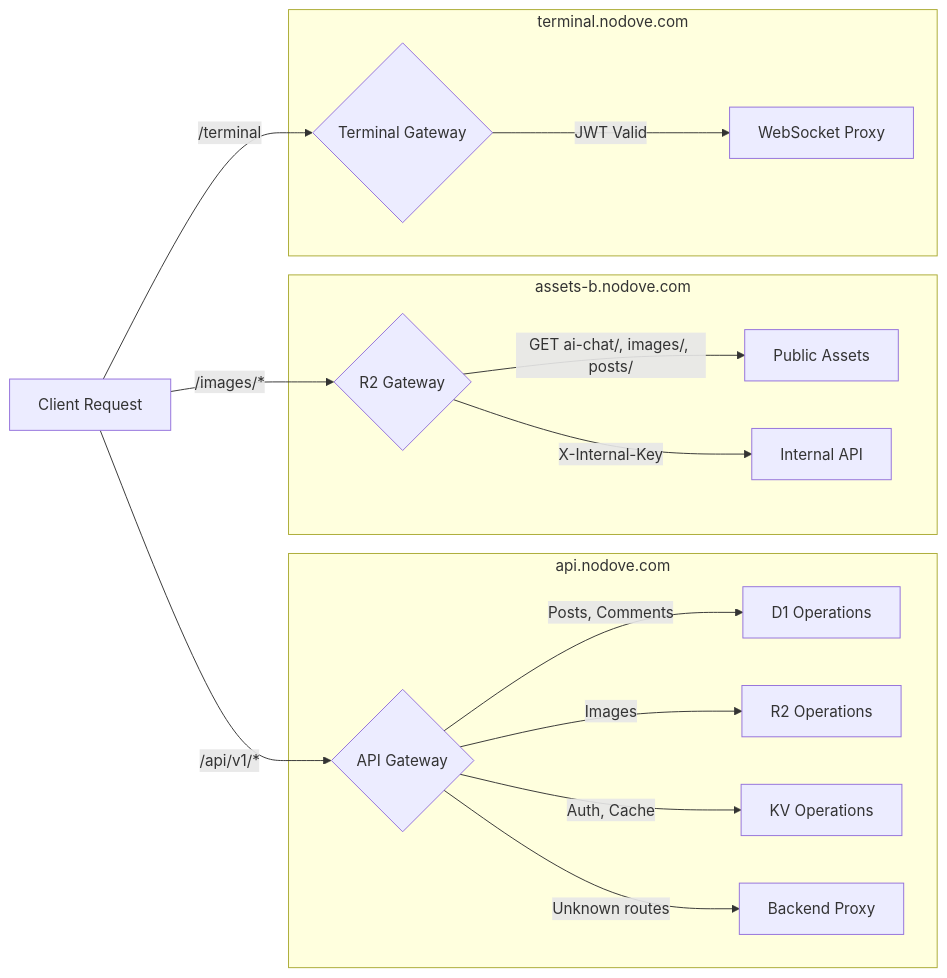
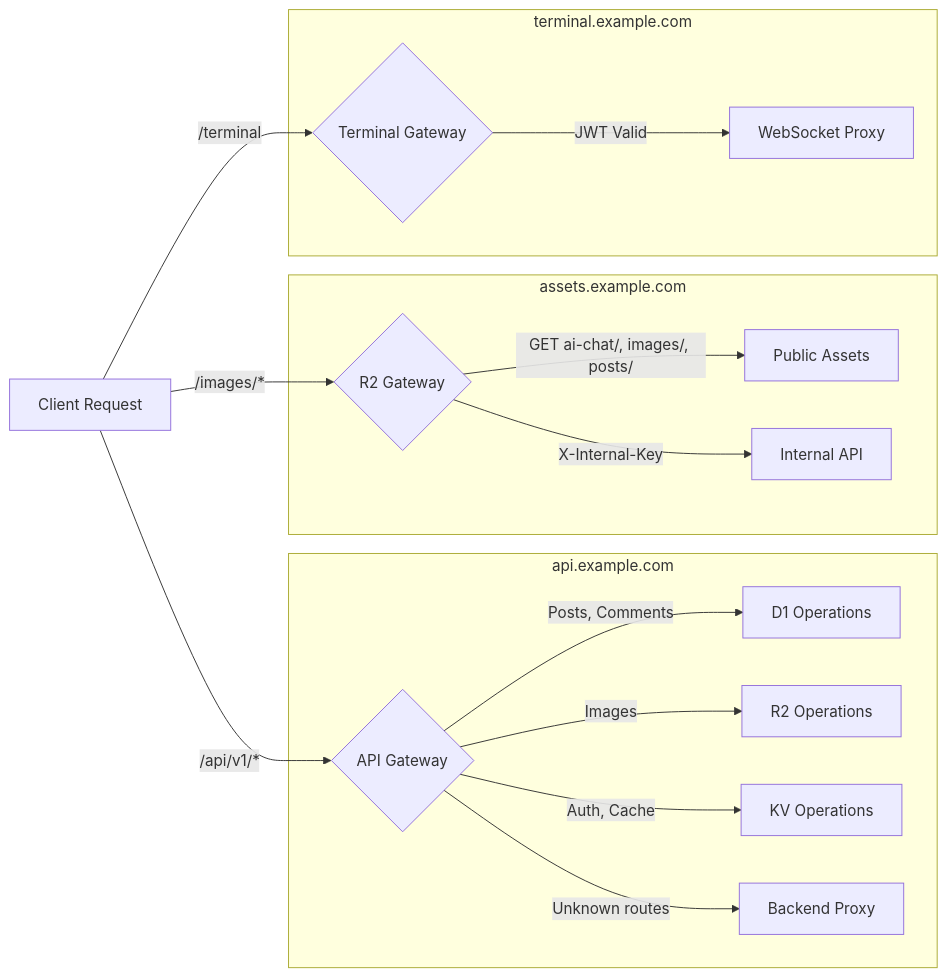
The second of 3 diagrams in workers/README.md (choisimo/blog), drawn with Mermaid before and after one commit. The commit also changed other lines of this file and 11 other files, not shown here.

````diff
--- a/workers/README.md
+++ b/workers/README.md
@@ -79,37 +81,37 @@
 ```mermaid
 flowchart LR
     REQ[Client Request]
     
-    subgraph "api.nodove.com"
+    subgraph "api.example.com"
         API_GW{API Gateway}
         D1_OP[D1 Operations]
         R2_OP[R2 Operations]
         KV_OP[KV Operations]
         PROXY[Backend Proxy]
     end
     
-    subgraph "assets-b.nodove.com"
+    subgraph "assets.example.com"
         R2_GW{R2 Gateway}
         PUB[Public Assets]
         INT[Internal API]
     end
     
-    subgraph "terminal.nodove.com"
+    subgraph "terminal.example.com"
         TERM_GW{Terminal Gateway}
         WS[WebSocket Proxy]
     end
     
     REQ -->|/api/v1/*| API_GW
     REQ -->|/images/*| R2_GW
     REQ -->|/terminal| TERM_GW
     
     API_GW -->|Posts, Comments| D1_OP
     API_GW -->|Images| R2_OP
     API_GW -->|Auth, Cache| KV_OP
     API_GW -->|Unknown routes| PROXY
     
     R2_GW -->|GET ai-chat/, images/, posts/| PUB
     R2_GW -->|X-Internal-Key| INT
     
     TERM_GW -->|JWT Valid| WS
 ```
````
